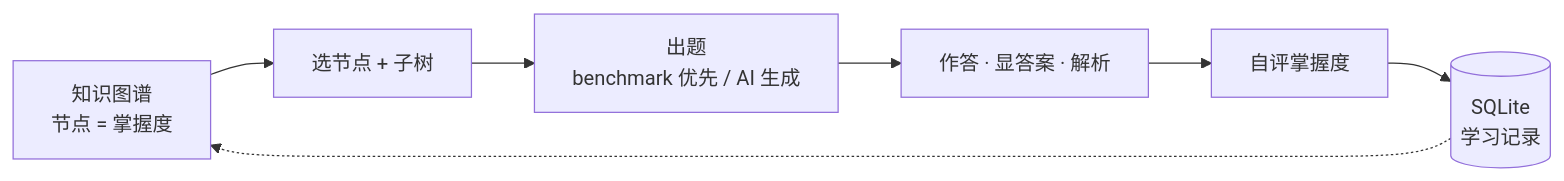
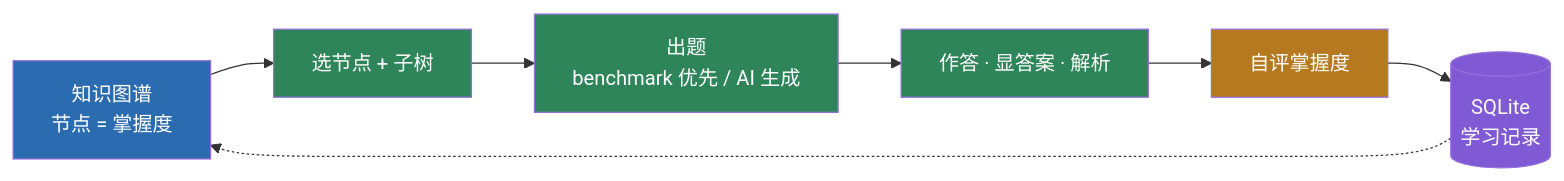
Before and after one commit to Baixiaodou/comm-knowledge-graph: the eighth of 8 diagrams in README.md, drawn with Mermaid. The commit also changed other lines of this file, not shown here.

Commit message:
docs: 修正统计（core 31/leaf 27、思维链 31、连接 271/跨树 76）并统一 mermaid 流程图风格

````diff
--- a/README.md
+++ b/README.md
@@ -470,9 +488,15 @@
 ```mermaid
 flowchart LR
     G["知识图谱<br/>节点 = 掌握度"] --> N["选节点 + 子树"]
     N --> Q["出题<br/>benchmark 优先 / AI 生成"]
     Q --> A["作答 · 显答案 · 解析"]
     A --> M["自评掌握度"]
     M --> DB[("SQLite<br/>学习记录")]
     DB -.-> G
+    style G fill:#2b6cb0,color:#fff
+    style N fill:#2f855a,color:#fff
+    style Q fill:#2f855a,color:#fff
+    style A fill:#2f855a,color:#fff
+    style M fill:#b7791f,color:#fff
+    style DB fill:#805ad5,color:#fff
 ```
````
